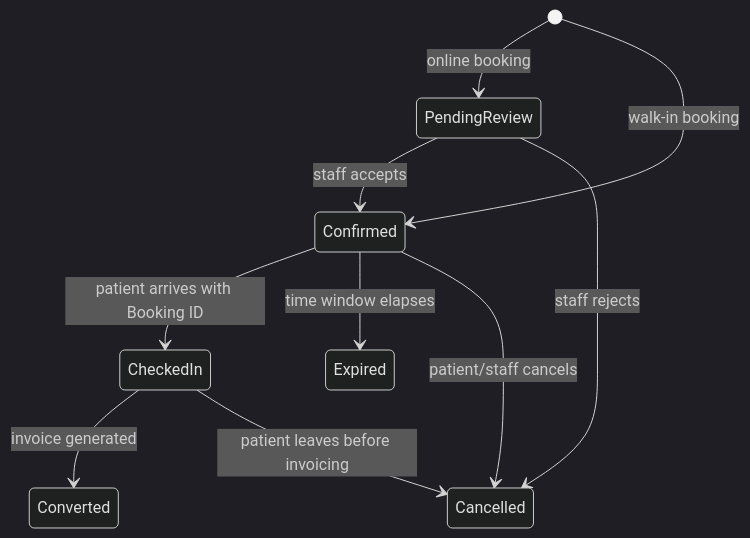
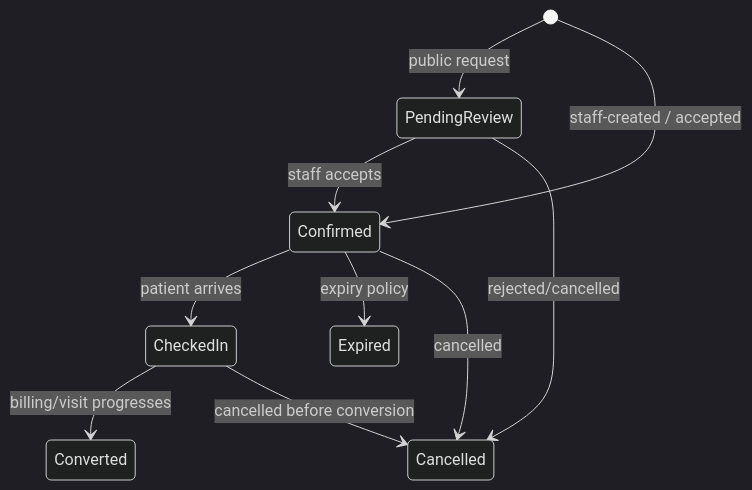
Before and after one commit to zaighaumrana/lab-software: the second of 13 diagrams in docs/03_Core_Domain_Design.md, drawn with Mermaid (dark theme). The commit also changed other lines of this file, not shown here.

````diff
--- a/docs/03_Core_Domain_Design.md
+++ b/docs/03_Core_Domain_Design.md
@@ -97,12 +280,12 @@
 ```mermaid
 stateDiagram-v2
-    [*] --> PendingReview: online booking
-    [*] --> Confirmed: walk-in booking
+    [*] --> PendingReview: public request
+    [*] --> Confirmed: staff-created / accepted
     PendingReview --> Confirmed: staff accepts
-    PendingReview --> Cancelled: staff rejects
-    Confirmed --> CheckedIn: patient arrives with Booking ID
-    Confirmed --> Expired: time window elapses
-    Confirmed --> Cancelled: patient/staff cancels
-    CheckedIn --> Converted: invoice generated
-    CheckedIn --> Cancelled: patient leaves before invoicing
+    PendingReview --> Cancelled: rejected/cancelled
+    Confirmed --> CheckedIn: patient arrives
+    Confirmed --> Expired: expiry policy
+    Confirmed --> Cancelled: cancelled
+    CheckedIn --> Converted: billing/visit progresses
+    CheckedIn --> Cancelled: cancelled before conversion
 ```
````
